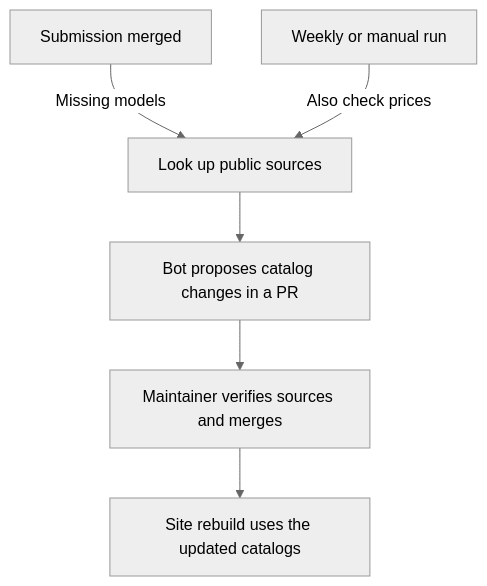
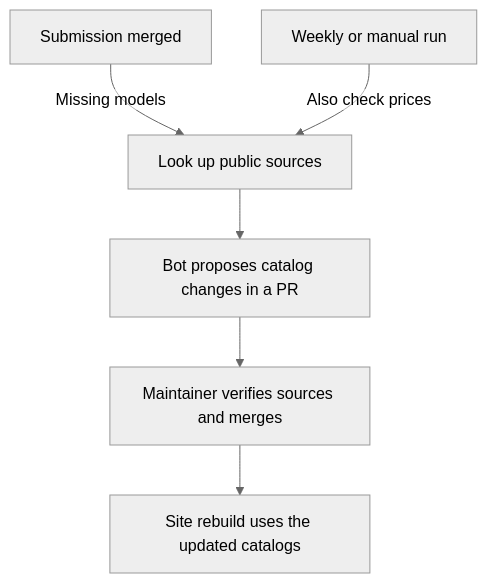
Before and after one commit to sands-lab/nika-leaderboard: the diagram in README.md, drawn with Mermaid (neutral theme).

Commit message:
docs(readme): render Mermaid labels as SVG text so GitHub does not clip them

````diff
--- a/README.md
+++ b/README.md
@@ -38,8 +38,9 @@
 ```mermaid
+%%{init: {"flowchart": {"htmlLabels": false}}}%%
 flowchart TD
     New["Submission merged"] -->|Missing models| Resolve["Look up public sources"]
     Scheduled["Weekly or manual run"] -->|Also check prices| Resolve
     Resolve --> Proposal["Bot proposes catalog changes in a PR"]
     Proposal --> Review["Maintainer verifies sources and merges"]
     Review --> Site["Site rebuild uses the updated catalogs"]
 ```
````
